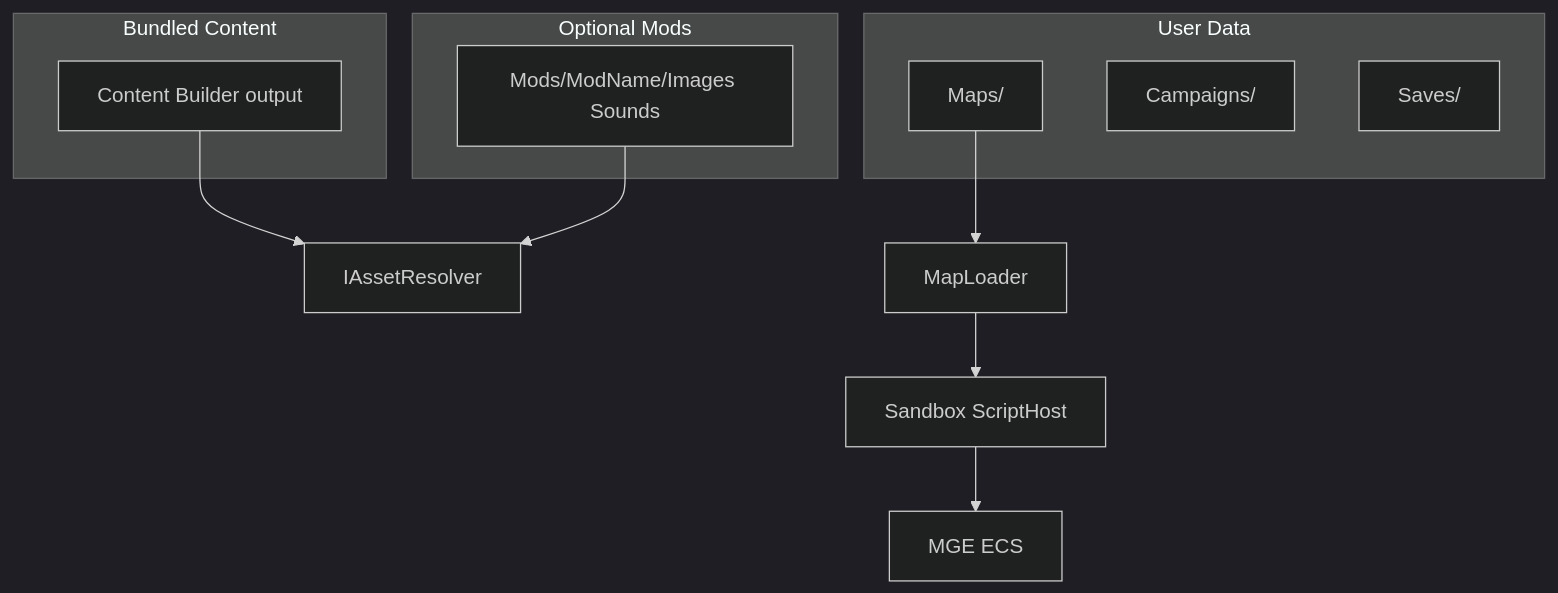
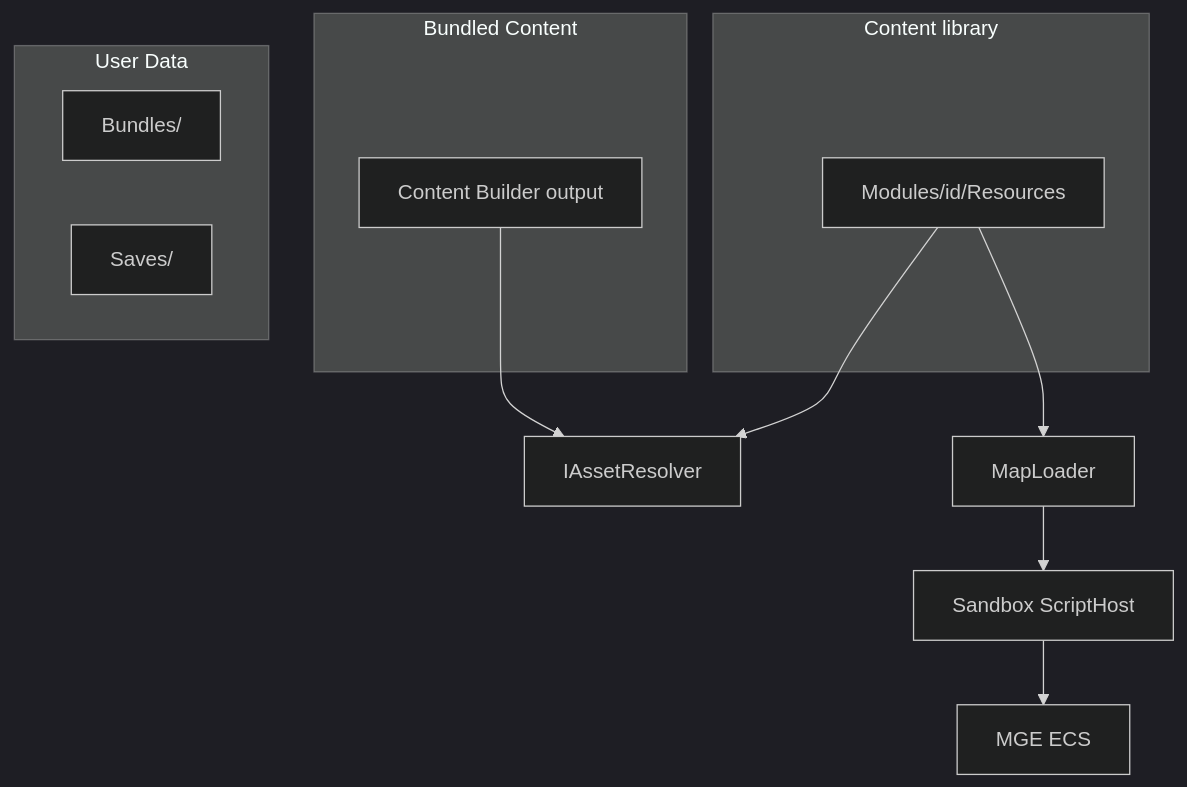
One commit to R7G3/TinyTBS changed the third of 3 diagrams in TinyTBS/docs/ARCHITECTURE.md. Above: the diagram before and after it, drawn with Mermaid (dark theme). The commit also changed other lines of this file and 10 other files, not shown here.

````diff
--- a/TinyTBS/docs/ARCHITECTURE.md
+++ b/TinyTBS/docs/ARCHITECTURE.md
@@ -104,20 +104,19 @@
 ```mermaid
 flowchart TB
   subgraph bundled [Bundled Content]
     DefaultAssets[Content Builder output]
   end
-  subgraph mods [Optional Mods]
-    ModFolder[Mods/ModName/Images Sounds]
+  subgraph mods [Content library]
+    ModFolder[Modules/id/Resources]
   end
   subgraph userdata [User Data]
-    Maps[Maps/]
-    Campaigns[Campaigns/]
+    Bundles[Bundles/]
     Saves[Saves/]
   end
   Resolver[IAssetResolver]
   DefaultAssets --> Resolver
   ModFolder --> Resolver
-  Maps --> MapLoader
+  ModFolder --> MapLoader
   MapLoader --> ScriptHost[Sandbox ScriptHost]
   ScriptHost --> ECS[MGE ECS]
 ```
````
